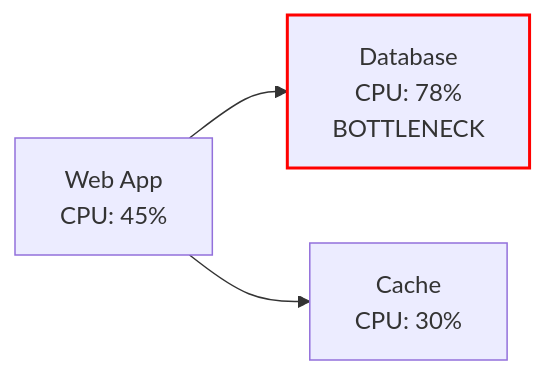
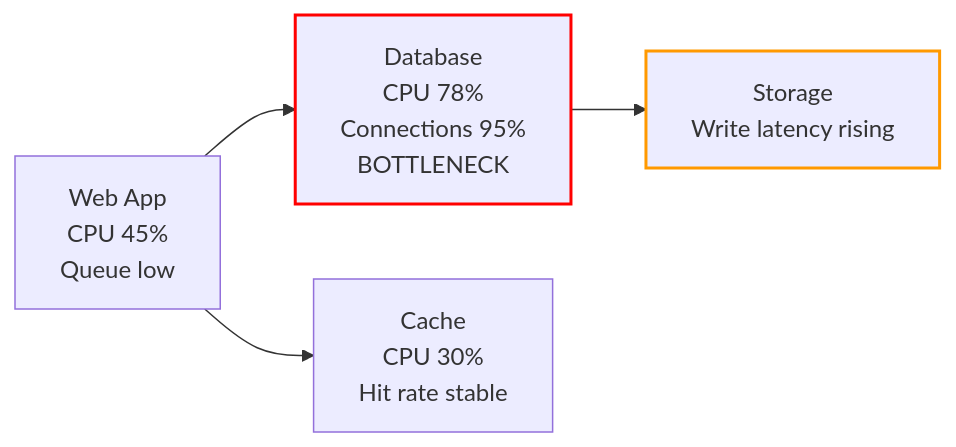
The sixth of 8 diagrams in src/content/docs/platform/disciplines/core-platform/sre/module-1.7-capacity-planning.md (krisztiankoos/kubedojo), drawn with Mermaid before and after one commit. The commit also changed other lines of this file, not shown here.

````diff
--- a/src/content/docs/platform/disciplines/core-platform/sre/module-1.7-capacity-planning.md
+++ b/src/content/docs/platform/disciplines/core-platform/sre/module-1.7-capacity-planning.md
@@ -243,6 +254,8 @@
 ```mermaid
 flowchart LR
-    A[Web App<br/>CPU: 45%] --> B[Database<br/>CPU: 78%<br/>BOTTLENECK]
-    A --> C[Cache<br/>CPU: 30%]
+    A[Web App<br/>CPU 45%<br/>Queue low] --> B[Database<br/>CPU 78%<br/>Connections 95%<br/>BOTTLENECK]
+    A --> C[Cache<br/>CPU 30%<br/>Hit rate stable]
+    B --> D[Storage<br/>Write latency rising]
     style B stroke:#ff0000,stroke-width:2px
+    style D stroke:#ff9900,stroke-width:2px
 ```
````
